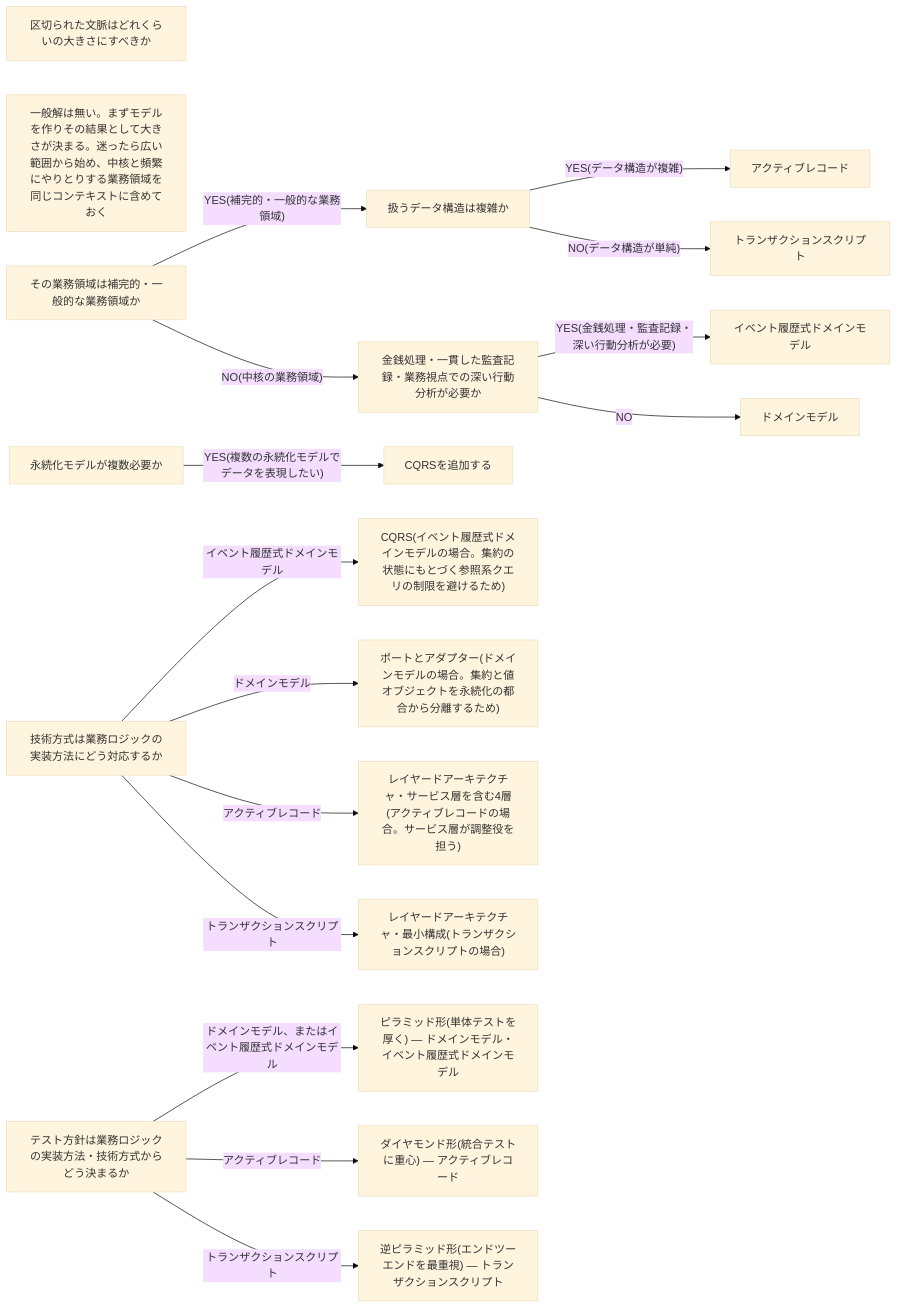
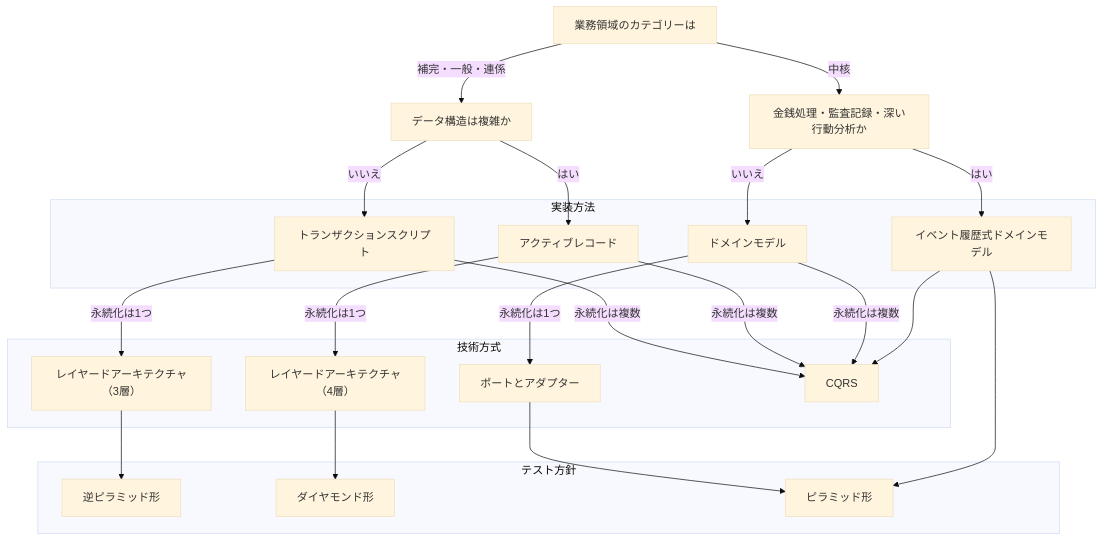
Before and after one commit to daidaiiro-519/waffle: the fifth of 5 diagrams in .waffle/knowledge/ACTIVE/design-heuristics.md, drawn with Mermaid (base theme). The commit also changed other lines of this file and 20 other files, not shown here.

````diff
--- a/.waffle/knowledge/ACTIVE/design-heuristics.md
+++ b/.waffle/knowledge/ACTIVE/design-heuristics.md
@@ -48,37 +239,40 @@
 ```mermaid
-flowchart LR
-    q1["区切られた文脈はどれくらいの大きさにすべきか"]
-    r1["一般解は無い。まずモデルを作りその結果として大きさが決まる。迷ったら広い範囲から始め、中核と頻繁にやりとりする業務領域を同じコンテキストに含めておく"]
-    q2["その業務領域は補完的・一般的な業務領域か"]
-    q3["扱うデータ構造は複雑か"]
-    r2["アクティブレコード"]
-    r3["トランザクションスクリプト"]
-    q4["金銭処理・一貫した監査記録・業務視点での深い行動分析が必要か"]
-    r4["イベント履歴式ドメインモデル"]
-    r5["ドメインモデル"]
-    q5["永続化モデルが複数必要か"]
-    r6["CQRSを追加する"]
-    q6["技術方式は業務ロジックの実装方法にどう対応するか"]
-    r7["CQRS(イベント履歴式ドメインモデルの場合。集約の状態にもとづく参照系クエリの制限を避けるため)"]
-    r8["ポートとアダプター(ドメインモデルの場合。集約と値オブジェクトを永続化の都合から分離するため)"]
-    r9["レイヤードアーキテクチャ・サービス層を含む4層(アクティブレコードの場合。サービス層が調整役を担う)"]
-    r10["レイヤードアーキテクチャ・最小構成(トランザクションスクリプトの場合)"]
-    q7["テスト方針は業務ロジックの実装方法・技術方式からどう決まるか"]
-    r11["ピラミッド形(単体テストを厚く) — ドメインモデル・イベント履歴式ドメインモデル"]
-    r12["ダイヤモンド形(統合テストに重心) — アクティブレコード"]
-    r13["逆ピラミッド形(エンドツーエンドを最重視) — トランザクションスクリプト"]
-    q2 -->|"YES(補完的・一般的な業務領域)"| q3
-    q2 -->|"NO(中核の業務領域)"| q4
-    q3 -->|"YES(データ構造が複雑)"| r2
-    q3 -->|"NO(データ構造が単純)"| r3
-    q4 -->|"YES(金銭処理・監査記録・深い行動分析が必要)"| r4
-    q4 -->|NO| r5
-    q5 -->|"YES(複数の永続化モデルでデータを表現したい)"| r6
-    q6 -->|"イベント履歴式ドメインモデル"| r7
-    q6 -->|"ドメインモデル"| r8
-    q6 -->|"アクティブレコード"| r9
-    q6 -->|"トランザクションスクリプト"| r10
-    q7 -->|"ドメインモデル、またはイベント履歴式ドメインモデル"| r11
-    q7 -->|"アクティブレコード"| r12
-    q7 -->|"トランザクションスクリプト"| r13
+flowchart TD
+    subgraph g0["実装方法"]
+        n0["トランザクションスクリプト"]
+        n1["アクティブレコード"]
+        n2["ドメインモデル"]
+        n3["イベント履歴式ドメインモデル"]
+    end
+    subgraph g1["技術方式"]
+        n4["レイヤードアーキテクチャ（3層）"]
+        n5["レイヤードアーキテクチャ（4層）"]
+        n6["ポートとアダプター"]
+        n7[CQRS]
+    end
+    subgraph g2["テスト方針"]
+        n8["逆ピラミッド形"]
+        n9["ダイヤモンド形"]
+        n10["ピラミッド形"]
+    end
+    n11["業務領域のカテゴリーは"]
+    n12["データ構造は複雑か"]
+    n13["金銭処理・監査記録・深い行動分析か"]
+    n11 -->|"補完・一般・連係"| n12
+    n11 -->|"中核"| n13
+    n12 -->|"いいえ"| n0
+    n12 -->|"はい"| n1
+    n13 -->|"いいえ"| n2
+    n13 -->|"はい"| n3
+    n0 -->|"永続化は1つ"| n4
+    n0 -->|"永続化は複数"| n7
+    n1 -->|"永続化は1つ"| n5
+    n1 -->|"永続化は複数"| n7
+    n2 -->|"永続化は1つ"| n6
+    n2 -->|"永続化は複数"| n7
+    n3 --> n7
+    n4 --> n8
+    n5 --> n9
+    n6 --> n10
+    n3 --> n10
 ```
````
